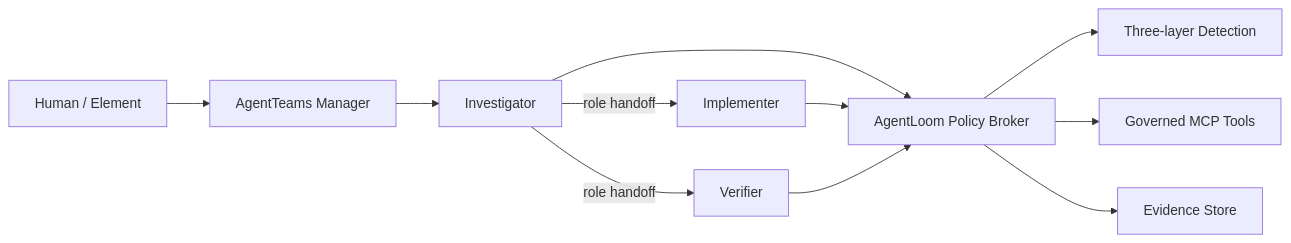
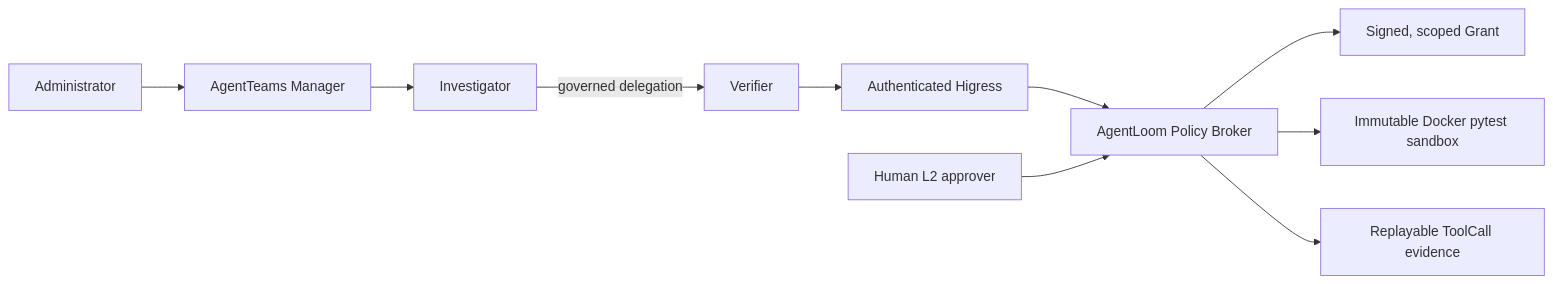
One commit to WilliamClifton-dev/AgentLoom changed the diagram in README.md. Above: the diagram before and after it, drawn with Mermaid. The commit also changed other lines of this file and 124 other files, not shown here.

````diff
--- a/README.md
+++ b/README.md
@@ -39,13 +47,12 @@
 ```mermaid
 flowchart LR
-    Human["Human / Element"] --> Manager["AgentTeams Manager"]
+    Administrator["Administrator"] --> Manager["AgentTeams Manager"]
     Manager --> Investigator["Investigator"]
-    Investigator -->|"role handoff"| Implementer["Implementer"]
-    Investigator -->|"role handoff"| Verifier["Verifier"]
-    Investigator --> Broker["AgentLoom Policy Broker"]
-    Implementer --> Broker
-    Verifier --> Broker
-    Broker --> Detect["Three-layer Detection"]
-    Broker --> MCP["Governed MCP Tools"]
-    Broker --> Evidence["Evidence Store"]
+    Investigator -->|"governed delegation"| Verifier["Verifier"]
+    Verifier --> Higress["Authenticated Higress"]
+    Higress --> Broker["AgentLoom Policy Broker"]
+    Broker --> Grant["Signed, scoped Grant"]
+    Broker --> Sandbox["Immutable Docker pytest sandbox"]
+    Broker --> Evidence["Replayable ToolCall evidence"]
+    Human["Human L2 approver"] --> Broker
 ```
````
